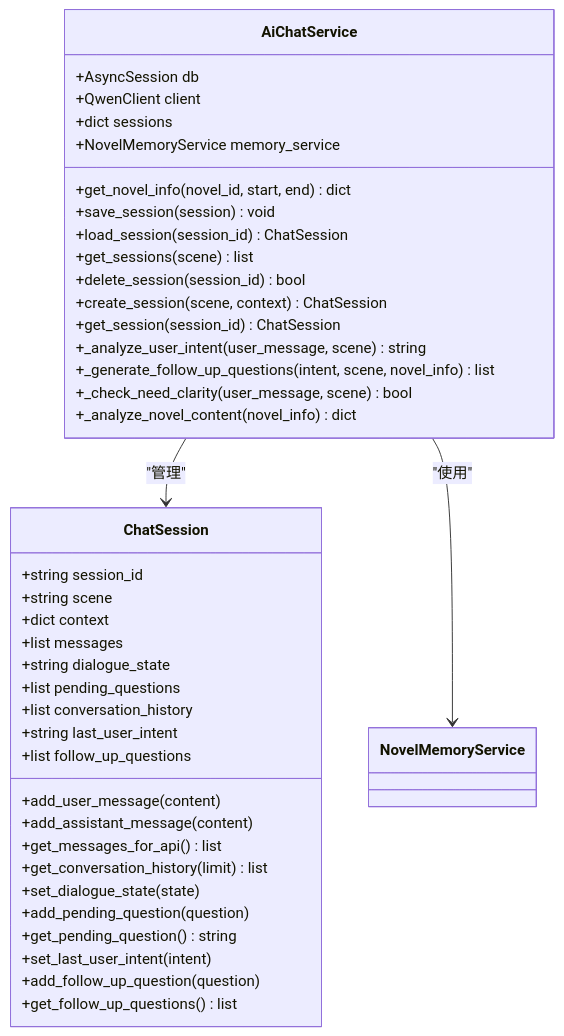
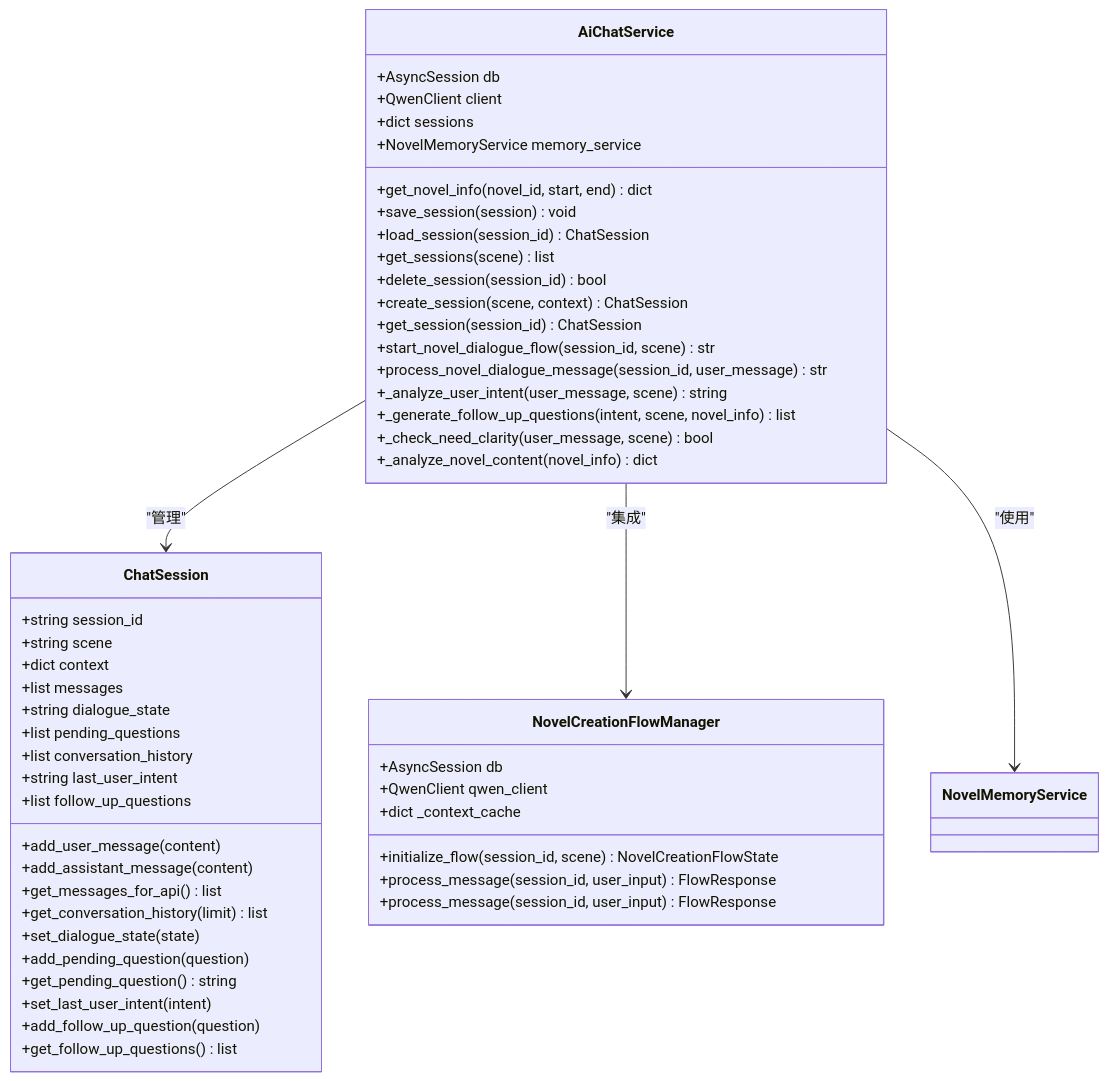
The sixth of 8 diagrams in .qoder/repowiki/zh/content/后端架构/服务层设计.md (xfbyxq/ai-novel-system), drawn with Mermaid before and after one commit. The commit also changed other lines of this file and 84 other files, not shown here.

````diff
--- a/.qoder/repowiki/zh/content/后端架构/服务层设计.md
+++ b/.qoder/repowiki/zh/content/后端架构/服务层设计.md
@@ -278,43 +338,54 @@
 ```mermaid
 classDiagram
 class ChatSession {
 +string session_id
 +string scene
 +dict context
 +list messages
 +string dialogue_state
 +list pending_questions
 +list conversation_history
 +string last_user_intent
 +list follow_up_questions
 +add_user_message(content)
 +add_assistant_message(content)
 +get_messages_for_api() list
 +get_conversation_history(limit) list
 +set_dialogue_state(state)
 +add_pending_question(question)
 +get_pending_question() string
 +set_last_user_intent(intent)
 +add_follow_up_question(question)
 +get_follow_up_questions() list
 }
 class AiChatService {
 +AsyncSession db
 +QwenClient client
 +dict sessions
 +NovelMemoryService memory_service
 +get_novel_info(novel_id, start, end) dict
 +save_session(session) void
 +load_session(session_id) ChatSession
 +get_sessions(scene) list
 +delete_session(session_id) bool
 +create_session(scene, context) ChatSession
 +get_session(session_id) ChatSession
++start_novel_dialogue_flow(session_id, scene) str
++process_novel_dialogue_message(session_id, user_message) str
 +_analyze_user_intent(user_message, scene) string
 +_generate_follow_up_questions(intent, scene, novel_info) list
 +_check_need_clarity(user_message, scene) bool
 +_analyze_novel_content(novel_info) dict
 }
+class NovelCreationFlowManager {
++AsyncSession db
++QwenClient qwen_client
++dict _context_cache
++initialize_flow(session_id, scene) NovelCreationFlowState
++process_message(session_id, user_input) FlowResponse
++process_message(session_id, user_input) FlowResponse
+}
 AiChatService --> ChatSession : "管理"
+AiChatService --> NovelCreationFlowManager : "集成"
 AiChatService --> NovelMemoryService : "使用"
 ```
````
